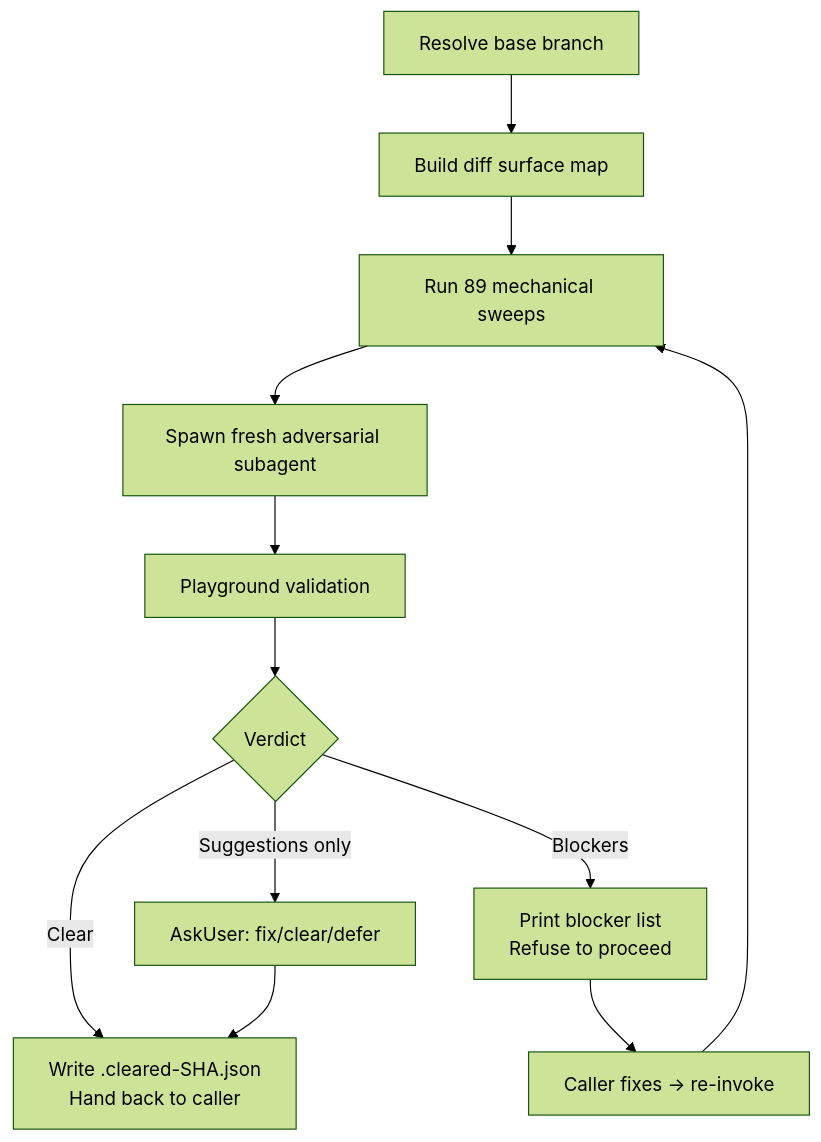
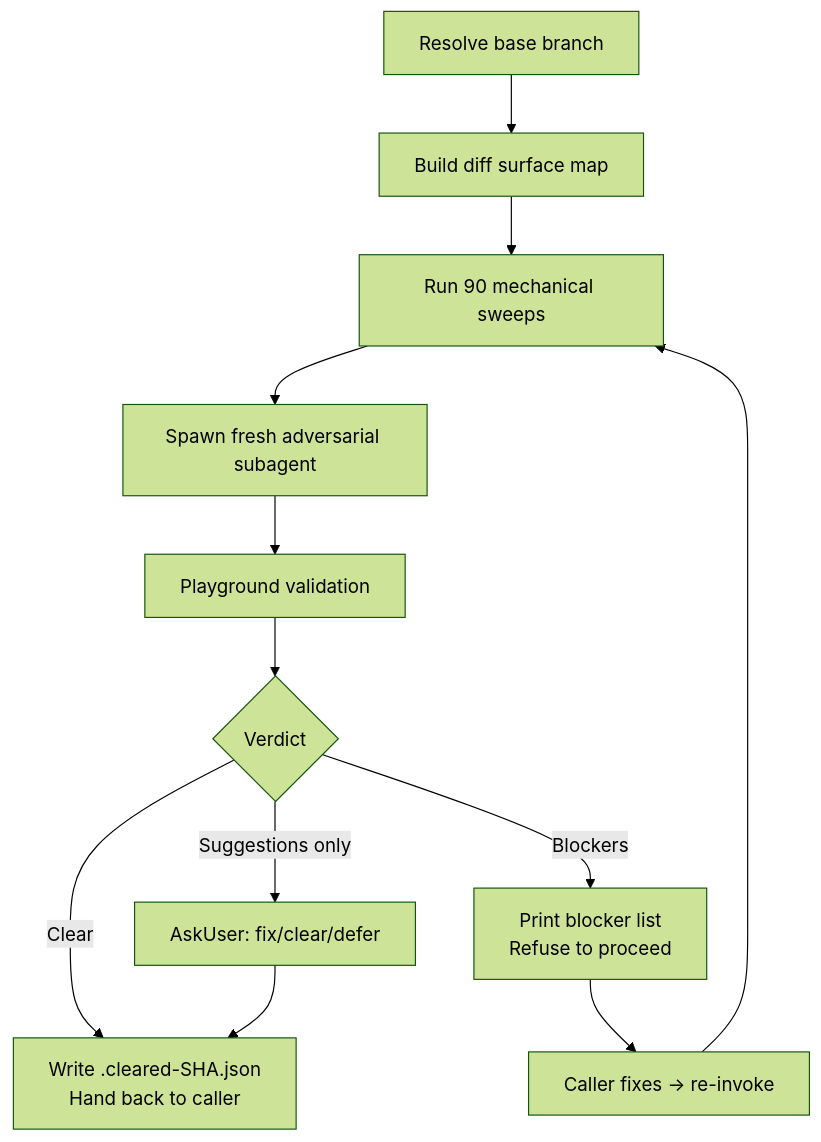
One commit to whizzzkid/skills changed the diagram in skills/adversarial-review/README.md. Above: the diagram before and after it, drawn with Mermaid (forest theme). The commit also changed other lines of this file and 14 other files, not shown here.

````diff
--- a/skills/adversarial-review/README.md
+++ b/skills/adversarial-review/README.md
@@ -16,14 +16,14 @@
 ```mermaid
 flowchart TD
     A[Resolve base branch] --> B[Build diff surface map]
-    B --> C[Run 89 mechanical sweeps]
+    B --> C[Run 90 mechanical sweeps]
     C --> D[Spawn fresh adversarial subagent]
     D --> E[Playground validation]
     E --> F{Verdict}
     F -->|Clear| G[Write .cleared-SHA.json<br/>Hand back to caller]
     F -->|Blockers| H[Print blocker list<br/>Refuse to proceed]
     F -->|Suggestions only| I[AskUser: fix/clear/defer]
     H --> J[Caller fixes → re-invoke]
     J --> C
     I --> G
 ```
````
